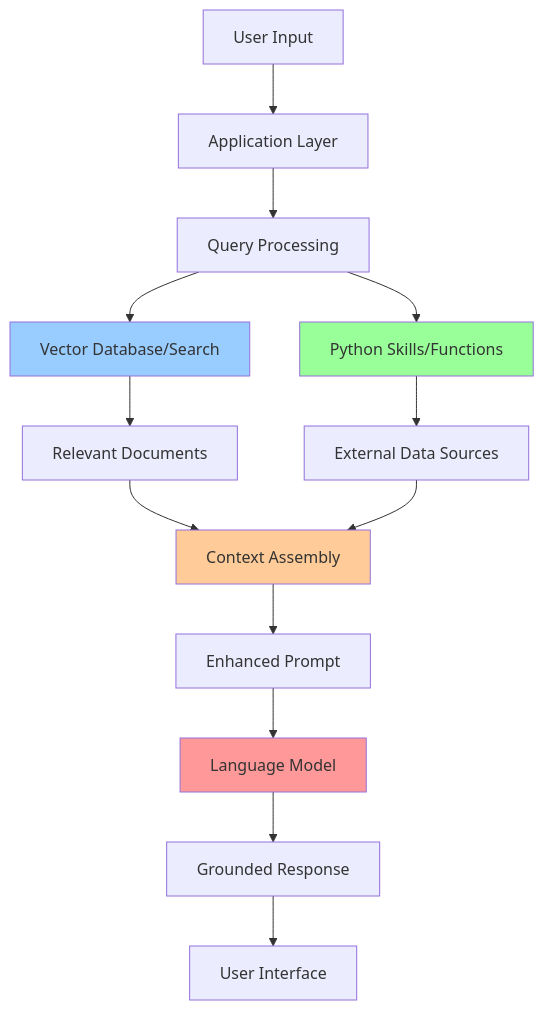
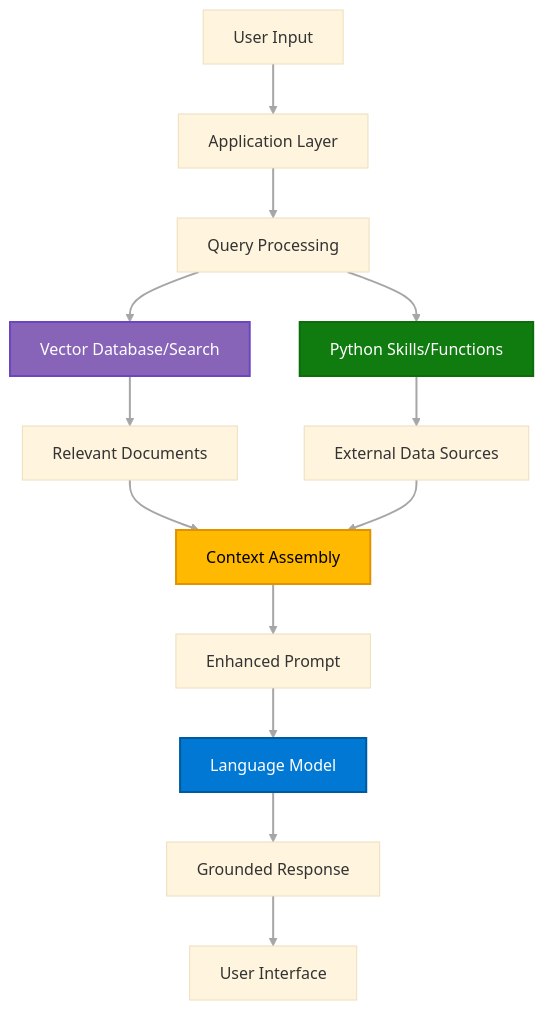
One commit to MTCMarkFranco/era-of-ai changed the second of 7 diagrams in ai-evolution-slides.md. Above: the diagram before and after it, drawn with Mermaid. The commit also changed other lines of this file, not shown here.

````diff
--- a/ai-evolution-slides.md
+++ b/ai-evolution-slides.md
@@ -33,20 +36,23 @@
 ```mermaid
+%%{init: {'theme':'base', 'themeVariables': { 'fontFamily': 'Segoe UI, Arial, sans-serif', 'fontSize': '16px'}}}%%
 graph TD
     A[User Input] --> B[Application Layer]
     B --> C[Query Processing]
     C --> D[Vector Database/Search]
     C --> E[Python Skills/Functions]
     D --> F[Relevant Documents]
     E --> G[External Data Sources]
     F --> H[Context Assembly]
     G --> H
     H --> I[Enhanced Prompt]
     I --> J[Language Model]
     J --> K[Grounded Response]
     K --> L[User Interface]
     
-    style J fill:#ff9999
-    style D fill:#99ccff
-    style E fill:#99ff99
-    style H fill:#ffcc99
+    style J fill:#0078D4,stroke:#005A9E,stroke-width:2px,color:#FFFFFF
+    style D fill:#8764B8,stroke:#6B46C1,stroke-width:2px,color:#FFFFFF
+    style E fill:#107C10,stroke:#0E6B0E,stroke-width:2px,color:#FFFFFF
+    style H fill:#FFB900,stroke:#E09200,stroke-width:2px,color:#000000
+    
+    linkStyle default stroke:#A6A6A6,stroke-width:2px
 ```
````
